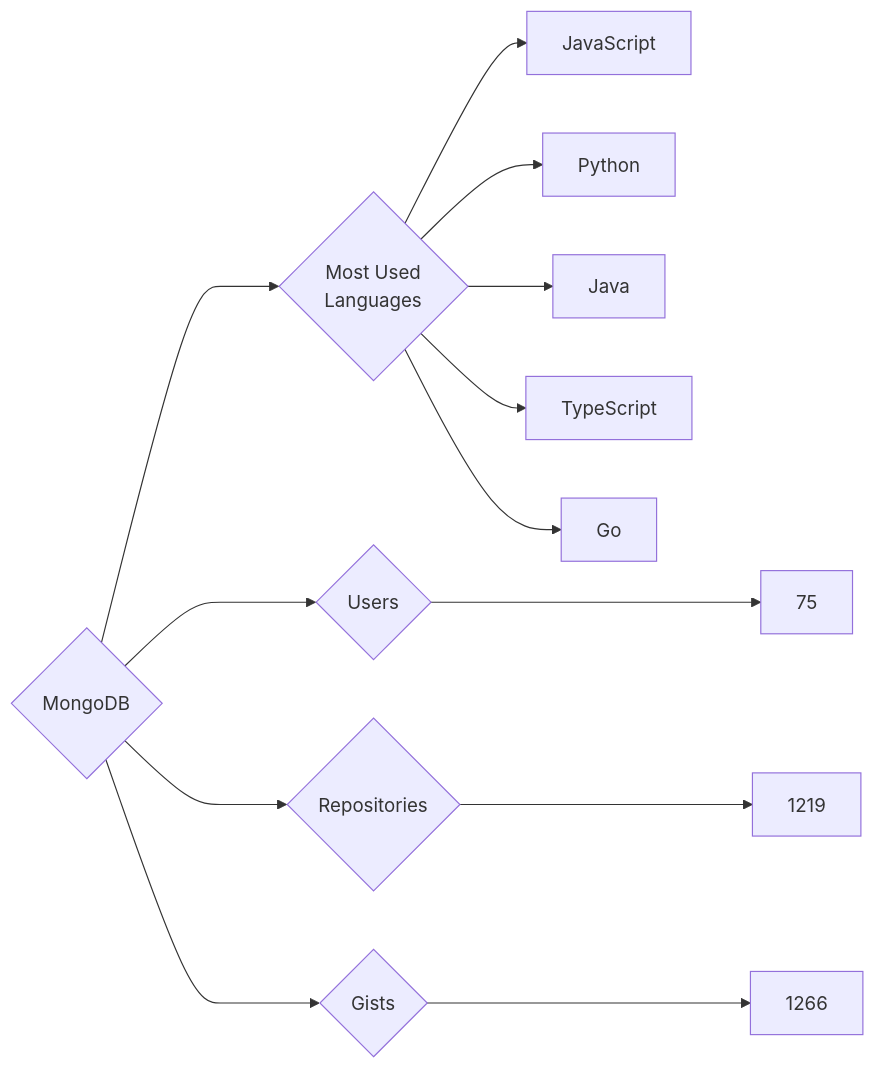
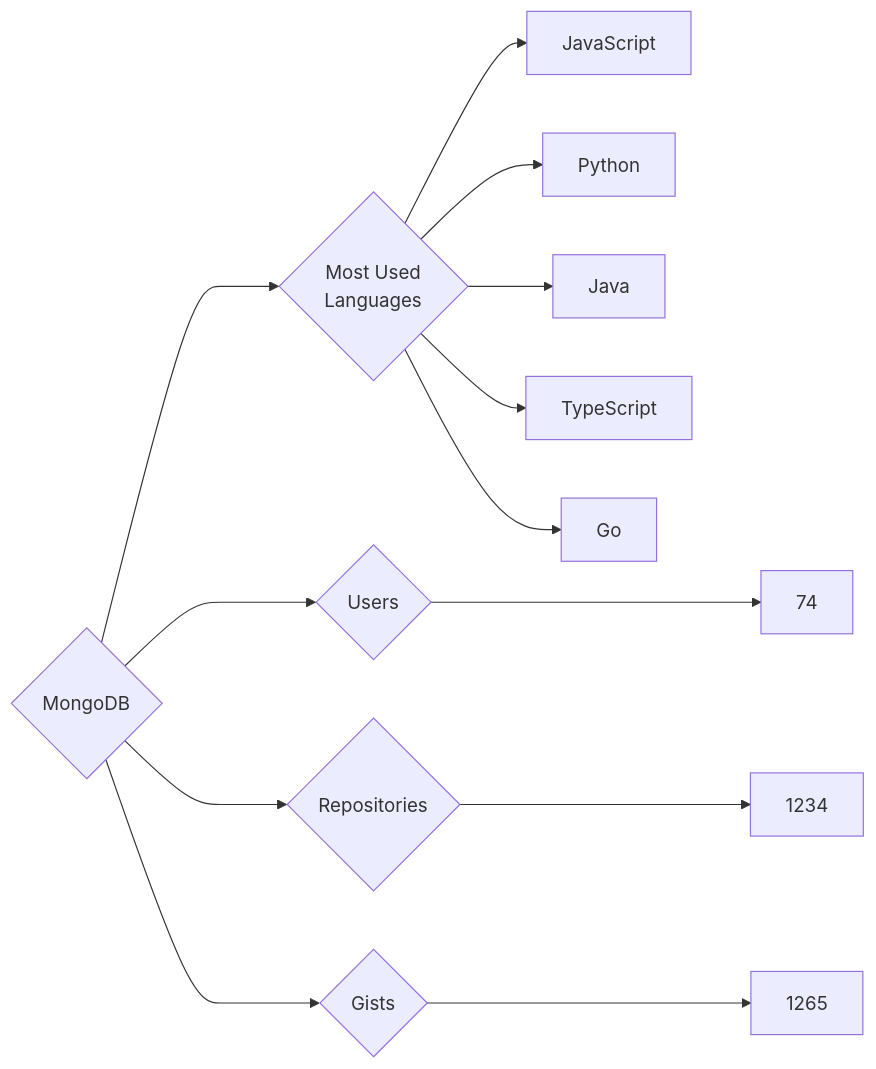
One commit to trickest/insiders changed the diagram in targets/MongoDB/README.md. Above: the diagram before and after it, drawn with Mermaid. The commit also changed 681 other files, not shown here.

````diff
--- a/targets/MongoDB/README.md
+++ b/targets/MongoDB/README.md
@@ -3,13 +3,13 @@
 ```mermaid
 graph LR
 COMPANY_NAME{MongoDB}
-COMPANY_NAME ---> U{Users} ---> UN[75]
-COMPANY_NAME ---> R{Repositories} ---> RN[1219]
-COMPANY_NAME ---> G{Gists} ---> GN[1266]
+COMPANY_NAME ---> U{Users} ---> UN[74]
+COMPANY_NAME ---> R{Repositories} ---> RN[1234]
+COMPANY_NAME ---> G{Gists} ---> GN[1265]
 COMPANY_NAME ---> ML{Most Used<br>Languages}
 ML --> JavaScript[JavaScript]
 ML --> Python[Python]
 ML --> Java[Java]
 ML --> TypeScript[TypeScript]
 ML --> Go[Go]
 ```
````
